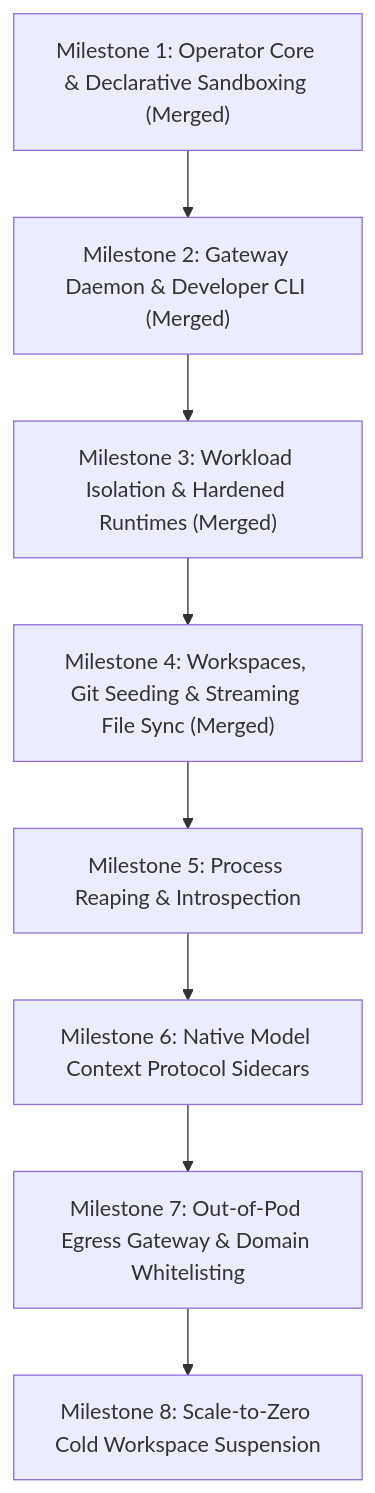
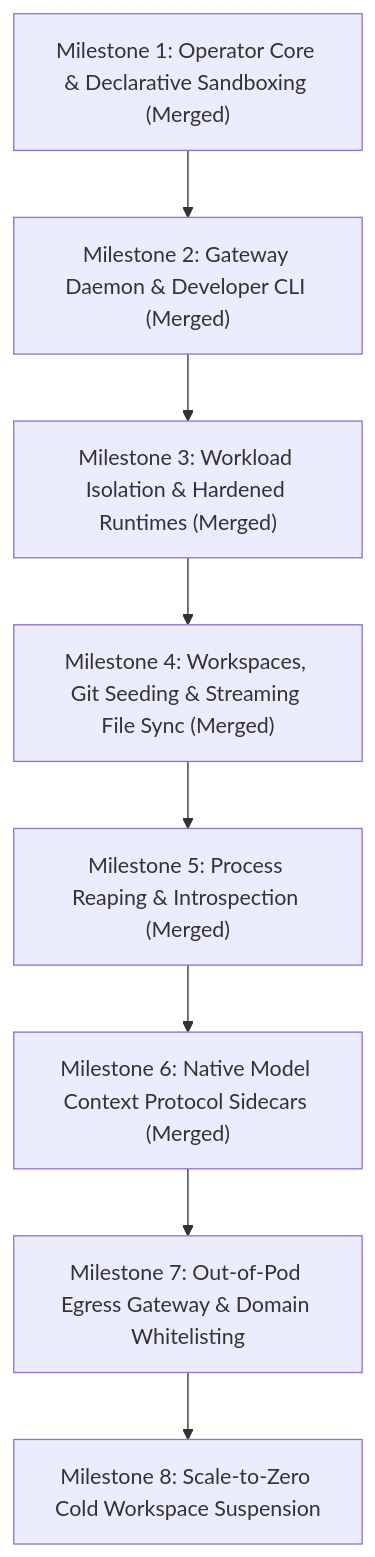
One commit to hoangndst/buddy-sandboxes changed the second of 2 diagrams in docs/roadmap.md. Above: the diagram before and after it, drawn with Mermaid. The commit also changed other lines of this file and 29 other files, not shown here.

````diff
--- a/docs/roadmap.md
+++ b/docs/roadmap.md
@@ -60,10 +60,10 @@
 ```mermaid
 flowchart TD
     M1["Milestone 1: Operator Core & Declarative Sandboxing (Merged)"] --> M2["Milestone 2: Gateway Daemon & Developer CLI (Merged)"]
     M2 --> M3["Milestone 3: Workload Isolation & Hardened Runtimes (Merged)"]
     M3 --> M4["Milestone 4: Workspaces, Git Seeding & Streaming File Sync (Merged)"]
-    M4 --> M5["Milestone 5: Process Reaping & Introspection"]
-    M5 --> M6["Milestone 6: Native Model Context Protocol Sidecars"]
+    M4 --> M5["Milestone 5: Process Reaping & Introspection (Merged)"]
+    M5 --> M6["Milestone 6: Native Model Context Protocol Sidecars (Merged)"]
     M6 --> M7["Milestone 7: Out-of-Pod Egress Gateway & Domain Whitelisting"]
     M7 --> M8["Milestone 8: Scale-to-Zero Cold Workspace Suspension"]
 ```
````
